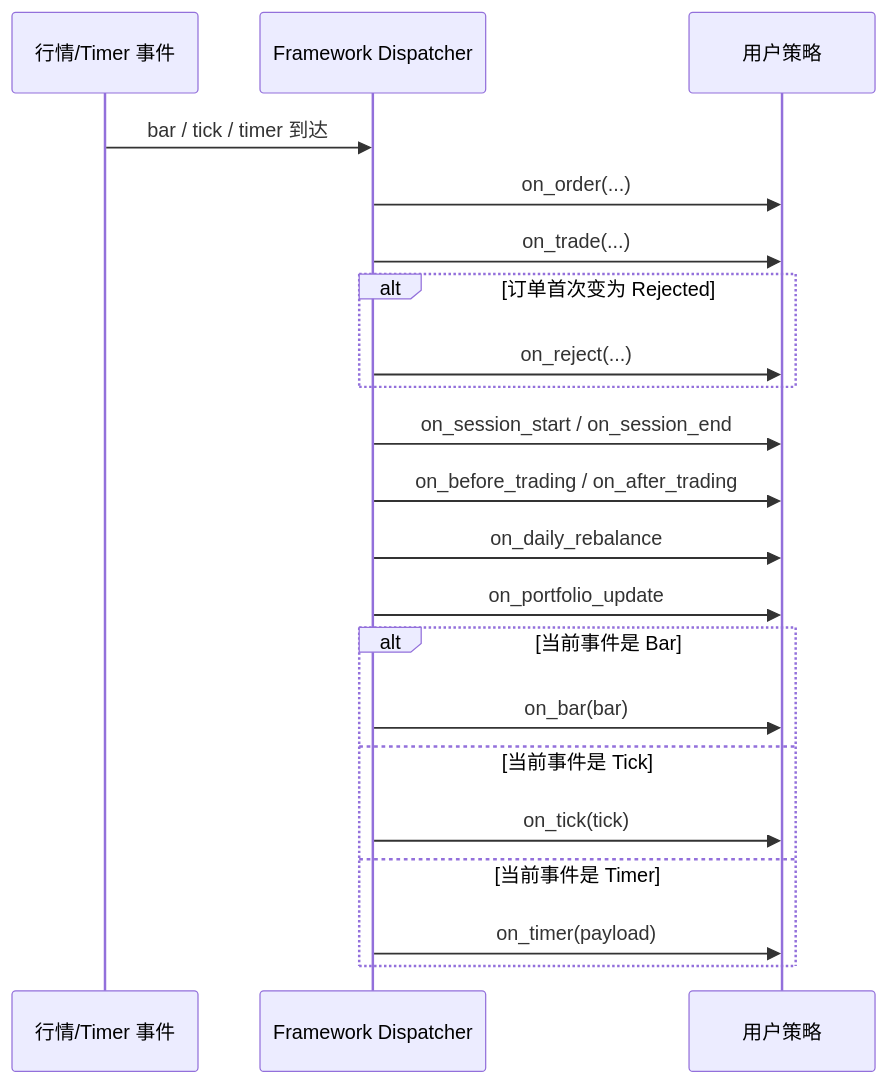
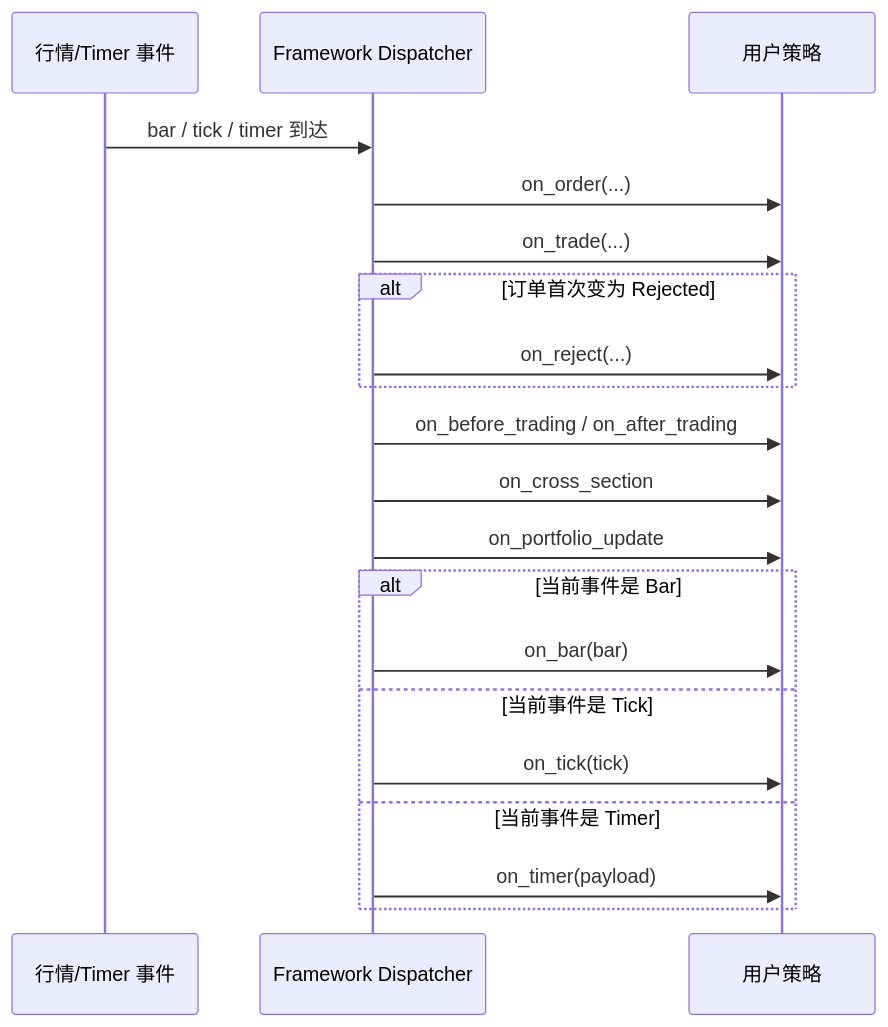
Before and after one commit to akfamily/akquant: the first of 2 diagrams in docs/zh/guide/strategy.md, drawn with Mermaid. The commit also changed other lines of this file and 38 other files, not shown here.

````diff
--- a/docs/zh/guide/strategy.md
+++ b/docs/zh/guide/strategy.md
@@ -104,24 +99,23 @@
 ```mermaid
 sequenceDiagram
     participant Feed as 行情/Timer 事件
     participant FW as Framework Dispatcher
     participant Strategy as 用户策略
 
     Feed->>FW: bar / tick / timer 到达
     FW->>Strategy: on_order(...)
     FW->>Strategy: on_trade(...)
     alt 订单首次变为 Rejected
         FW->>Strategy: on_reject(...)
     end
-    FW->>Strategy: on_session_start / on_session_end
     FW->>Strategy: on_before_trading / on_after_trading
-    FW->>Strategy: on_daily_rebalance
+    FW->>Strategy: on_cross_section
     FW->>Strategy: on_portfolio_update
     alt 当前事件是 Bar
         FW->>Strategy: on_bar(bar)
     else 当前事件是 Tick
         FW->>Strategy: on_tick(tick)
     else 当前事件是 Timer
         FW->>Strategy: on_timer(payload)
     end
 ```
````
